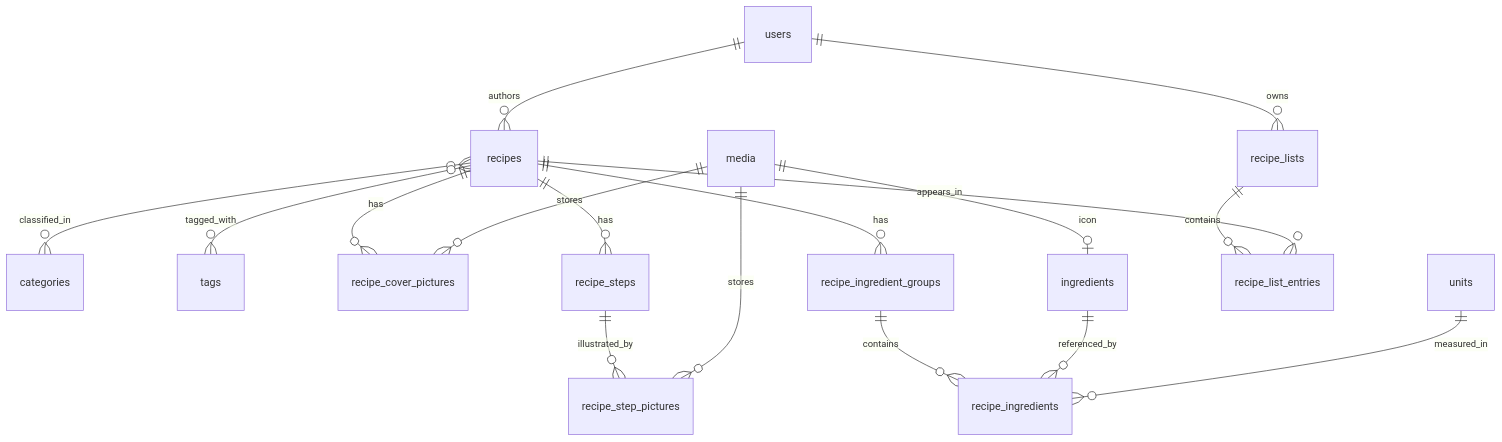
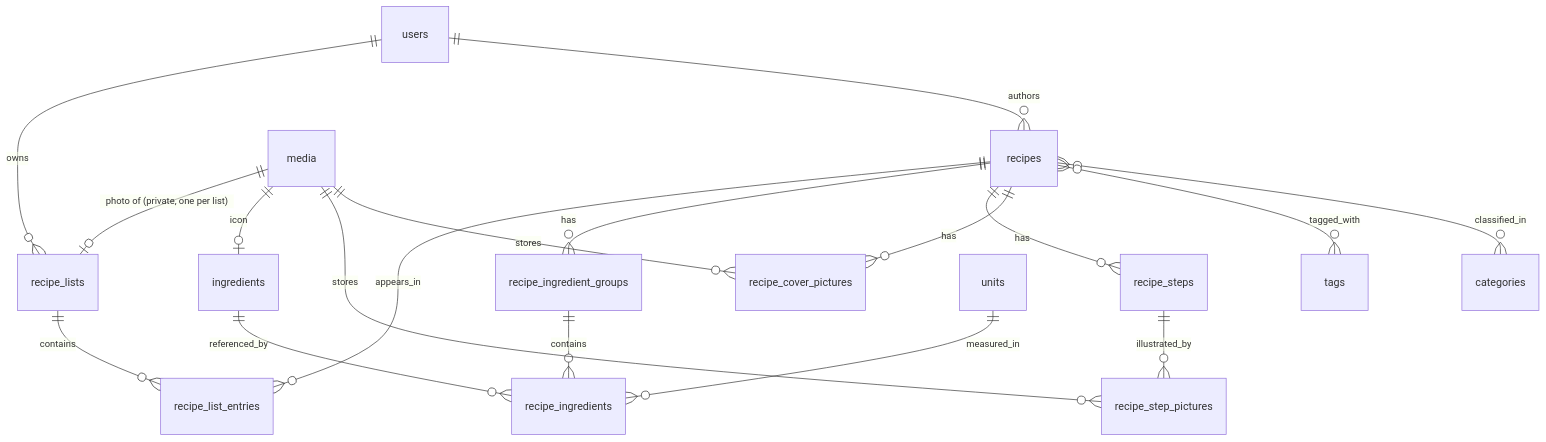
Before and after one commit to amaurygrillot/recettes-back: the diagram in docs/recipes-domain-model.md, drawn with Mermaid. The commit also changed other lines of this file and 6 other files, not shown here.

First line of the commit message:
Design the photo of a recipe list before building it

````diff
--- a/docs/recipes-domain-model.md
+++ b/docs/recipes-domain-model.md
@@ -22,19 +22,20 @@
 ```mermaid
 erDiagram
     users ||--o{ recipes : authors
   recipes }o--o{ categories: classified_in
   recipes }o--o{ tags: tagged_with
     recipes ||--o{ recipe_cover_pictures : has
     recipes ||--o{ recipe_steps : has
     recipes ||--o{ recipe_ingredient_groups : has
     recipe_steps ||--o{ recipe_step_pictures : illustrated_by
     recipe_ingredient_groups ||--o{ recipe_ingredients : contains
     ingredients ||--o{ recipe_ingredients : referenced_by
     units ||--o{ recipe_ingredients : measured_in
     media ||--o{ recipe_cover_pictures : stores
     media ||--o{ recipe_step_pictures : stores
     media ||--o| ingredients : icon
+    media ||--o| recipe_lists : "photo of (private, one per list)"
     users ||--o{ recipe_lists : owns
     recipe_lists ||--o{ recipe_list_entries : contains
     recipes ||--o{ recipe_list_entries : appears_in
 ```
````
